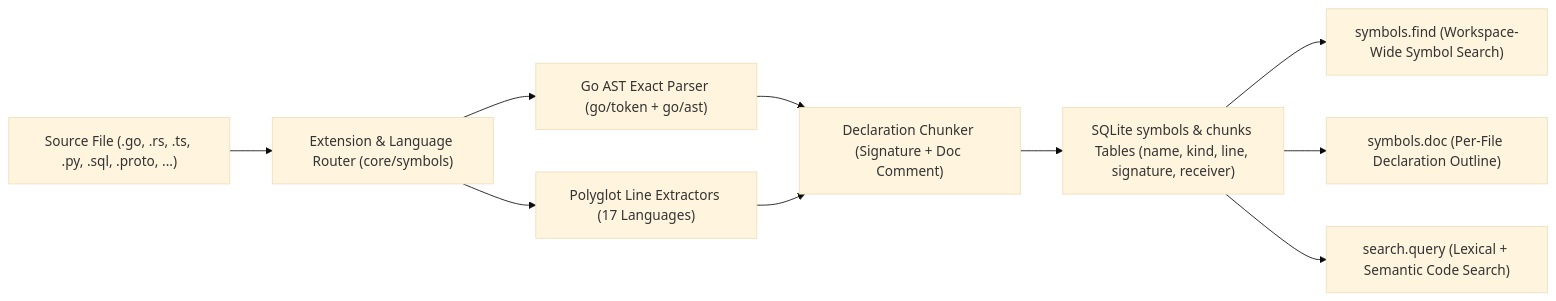
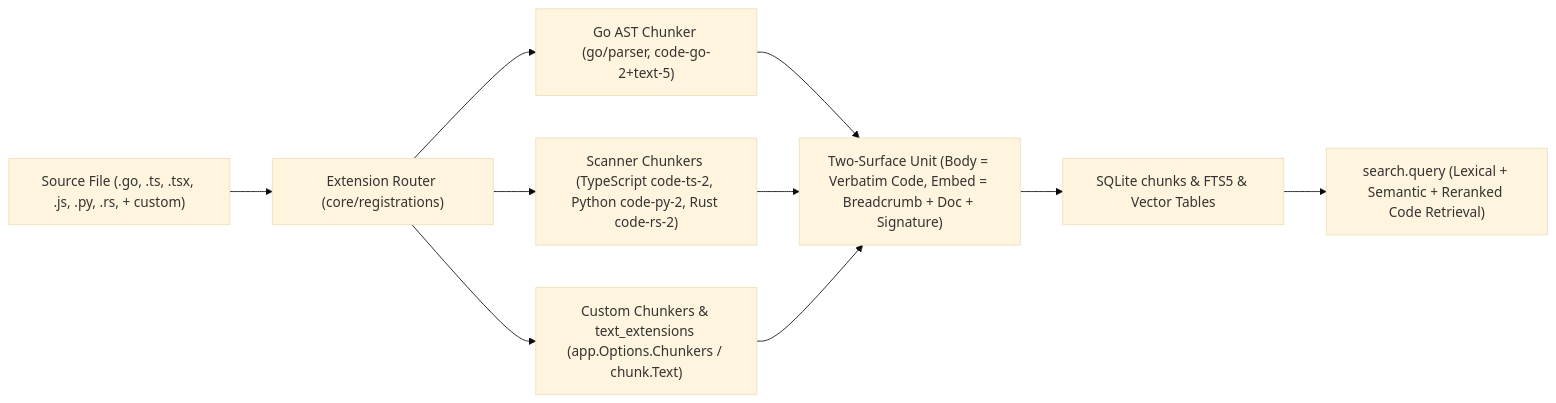
Before and after one commit to yongjohnlee80/autodoc: the diagram in docs/tutorials/09-code-symbol-indexing/symbol-extractor-dispatch.mmd, drawn with Mermaid (base theme). The commit also changed 9 other files, not shown here.

Commit message:
docs/tutorials: align Chapter 09 and Chapter 12 with registered code chunkers and RPC contracts

```diff
--- a/docs/tutorials/09-code-symbol-indexing/symbol-extractor-dispatch.mmd
+++ b/docs/tutorials/09-code-symbol-indexing/symbol-extractor-dispatch.mmd
@@ -1,10 +1,10 @@
 flowchart LR
-    SRC["Source File (.go, .rs, .ts, .py, .sql, .proto, ...)"] --> ROUTER["Extension & Language Router (core/symbols)"]
-    ROUTER --> GOAST["Go AST Exact Parser (go/token + go/ast)"]
-    ROUTER --> POLY["Polyglot Line Extractors (17 Languages)"]
-    GOAST --> CHUNK["Declaration Chunker (Signature + Doc Comment)"]
-    POLY --> CHUNK
-    CHUNK --> SYMTAB["SQLite symbols & chunks Tables (name, kind, line, signature, receiver)"]
-    SYMTAB --> FIND["symbols.find (Workspace-Wide Symbol Search)"]
-    SYMTAB --> DOC["symbols.doc (Per-File Declaration Outline)"]
-    SYMTAB --> HYBRID["search.query (Lexical + Semantic Code Search)"]
+    SRC["Source File (.go, .ts, .tsx, .js, .py, .rs, + custom)"] --> ROUTER["Extension Router (core/registrations)"]
+    ROUTER --> GOAST["Go AST Chunker (go/parser, code-go-2+text-5)"]
+    ROUTER --> SCAN["Scanner Chunkers (TypeScript code-ts-2, Python code-py-2, Rust code-rs-2)"]
+    ROUTER --> CUSTOM["Custom Chunkers & text_extensions (app.Options.Chunkers / chunk.Text)"]
+    GOAST --> SPLIT["Two-Surface Unit (Body = Verbatim Code, Embed = Breadcrumb + Doc + Signature)"]
+    SCAN --> SPLIT
+    CUSTOM --> SPLIT
+    SPLIT --> STORE["SQLite chunks & FTS5 & Vector Tables"]
+    STORE --> QUERY["search.query (Lexical + Semantic + Reranked Code Retrieval)"]
```
